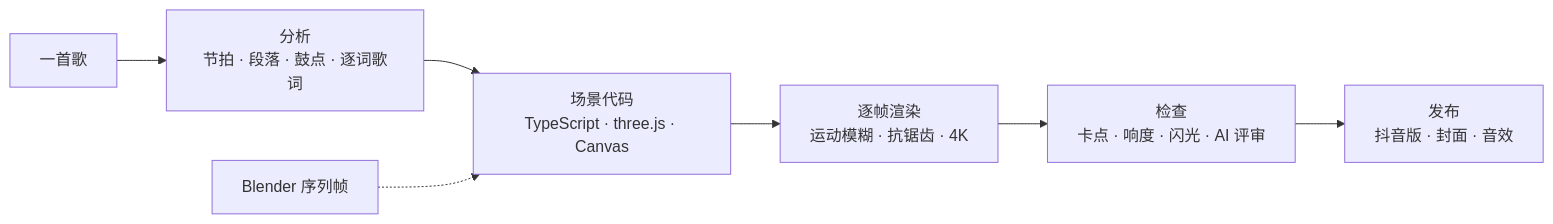
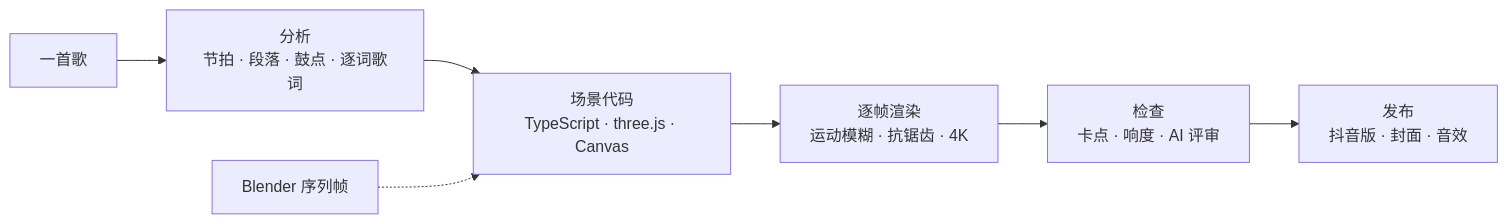
The diagram in README.md (xiaoming6680/xm-video-engine), drawn with Mermaid before and after one commit. The commit also changed other lines of this file and 8 other files, not shown here.

````diff
--- a/README.md
+++ b/README.md
@@ -49,9 +49,9 @@
 ```mermaid
 flowchart LR
   A[一首歌] --> B[分析<br/>节拍 · 段落 · 鼓点 · 逐词歌词]
   B --> C[场景代码<br/>TypeScript · three.js · Canvas]
   D[Blender 序列帧] -.-> C
   C --> E[逐帧渲染<br/>运动模糊 · 抗锯齿 · 4K]
-  E --> F[检查<br/>卡点 · 响度 · 闪光 · AI 评审]
+  E --> F[检查<br/>卡点 · 响度 · AI 评审]
   F --> G[发布<br/>抖音版 · 封面 · 音效]
 ```
````
